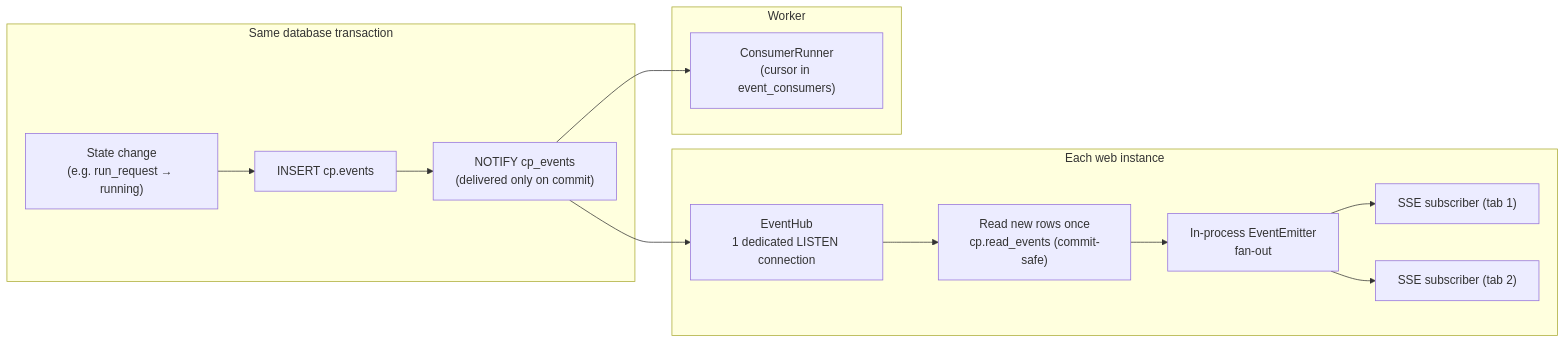
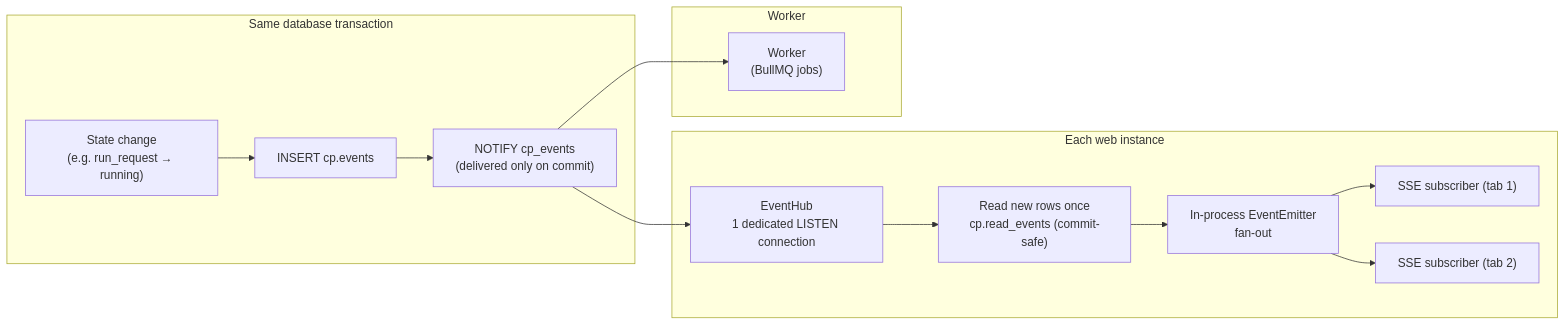
The diagram in docs/design/05-events-and-realtime.md (null-pointers-dev/actioncontroller), drawn with Mermaid before and after one commit. The commit also changed other lines of this file and 30 other files, not shown here.

````diff
--- a/docs/design/05-events-and-realtime.md
+++ b/docs/design/05-events-and-realtime.md
@@ -9,23 +9,23 @@
 ```mermaid
 flowchart LR
     subgraph TX["Same database transaction"]
         S["State change<br/>(e.g. run_request → running)"]
         E["INSERT cp.events"]
         N["NOTIFY cp_events<br/>(delivered only on commit)"]
     end
     subgraph WEB["Each web instance"]
         L["EventHub<br/>1 dedicated LISTEN connection"]
         R["Read new rows once<br/>cp.read_events (commit-safe)"]
         EM["In-process EventEmitter<br/>fan-out"]
         S1["SSE subscriber (tab 1)"]
         S2["SSE subscriber (tab 2)"]
     end
     subgraph WRK["Worker"]
-        C["ConsumerRunner<br/>(cursor in event_consumers)"]
+        C["Worker<br/>(BullMQ jobs)"]
     end
     S --> E --> N
     N --> L --> R --> EM
     EM --> S1
     EM --> S2
     N --> C
 ```
````
